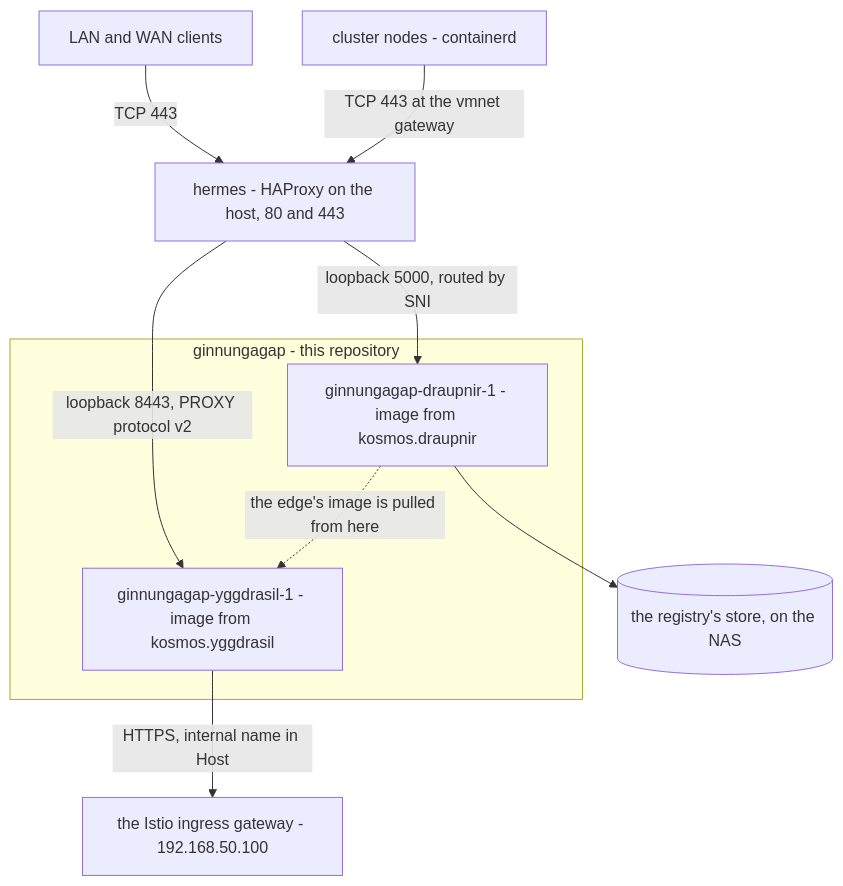
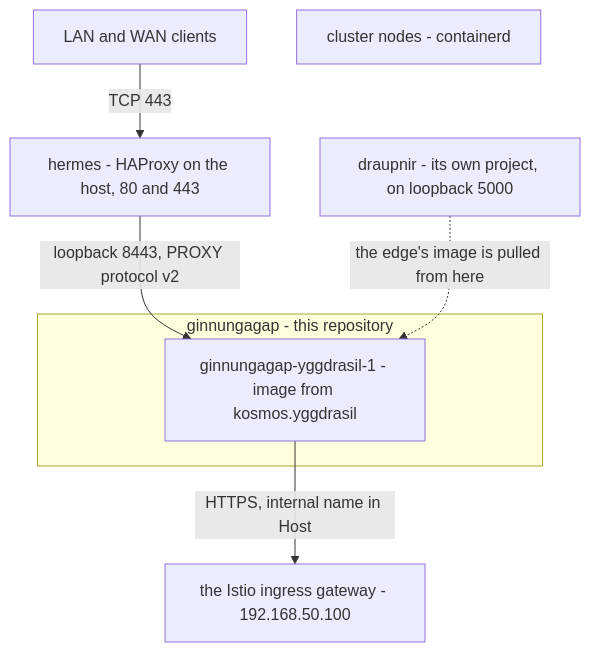
Before and after one commit to canunu/kosmos.ginnungagap: the diagram in README.md, drawn with Mermaid. The commit also changed other lines of this file and 4 other files, not shown here.

First line of the commit message:
refactor(compose): give up the registry to its own project

````diff
--- a/README.md
+++ b/README.md
@@ -11,23 +13,19 @@
 ```mermaid
 graph TD
     CLIENT["LAN and WAN clients"]
     HERMES["hermes - HAProxy on the host, 80 and 443"]
 
     NODES["cluster nodes - containerd"]
 
     subgraph GAP["ginnungagap - this repository"]
-        DRAUPNIR["ginnungagap-draupnir-1 - image from kosmos.draupnir"]
         YGG["ginnungagap-yggdrasil-1 - image from kosmos.yggdrasil"]
     end
 
     GATEWAY["the Istio ingress gateway - 192.168.50.100"]
-    NAS[("the registry's store, on the NAS")]
+    DRAUPNIR["draupnir - its own project, on loopback 5000"]
 
     CLIENT -->|"TCP 443"| HERMES
-    NODES -->|"TCP 443 at the vmnet gateway"| HERMES
     HERMES -->|"loopback 8443, PROXY protocol v2"| YGG
-    HERMES -->|"loopback 5000, routed by SNI"| DRAUPNIR
     YGG -->|"HTTPS, internal name in Host"| GATEWAY
-    DRAUPNIR --> NAS
     DRAUPNIR -.->|"the edge's image is pulled from here"| YGG
 ```
````
